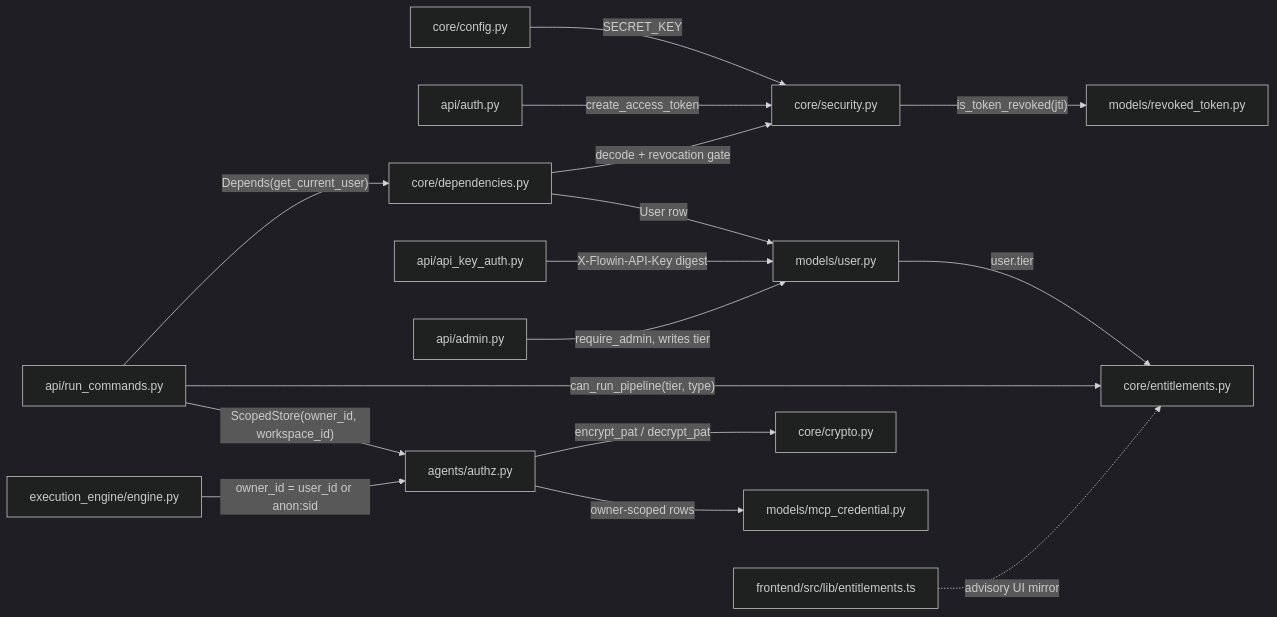
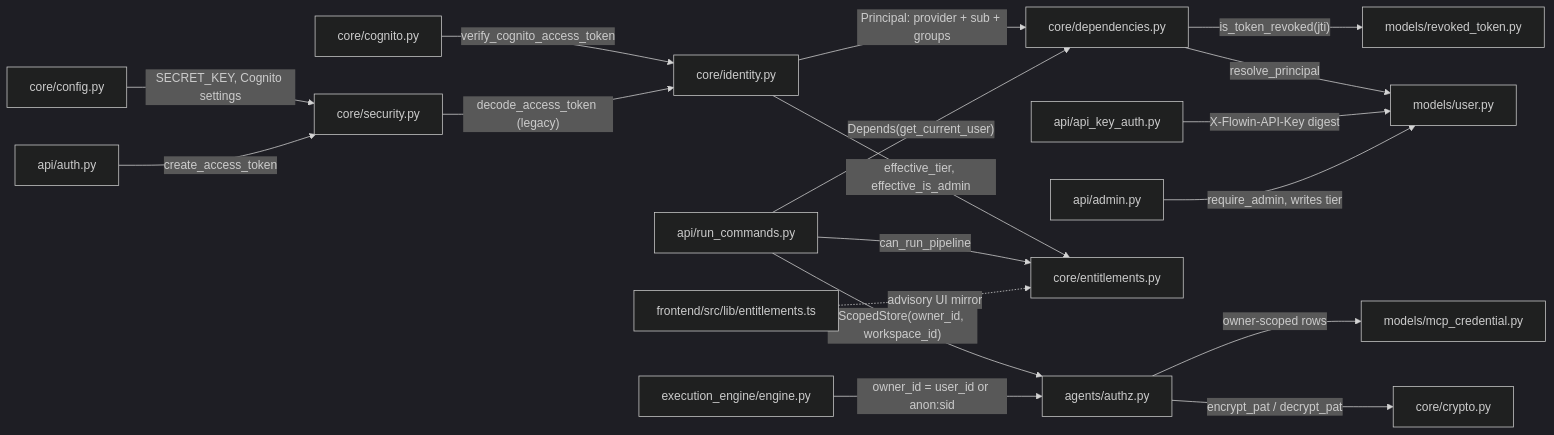
Before and after one commit to prateek-sinha7/IdeaFlowAI: the second of 14 diagrams in .knowledge/ARCHITECTURE.md, drawn with Mermaid (dark theme). The commit also changed other lines of this file and 43 other files, not shown here.

First line of the commit message:
knowledge: reconcile with dev merge — sync, diagrams, card renumbering

````diff
--- a/.knowledge/ARCHITECTURE.md
+++ b/.knowledge/ARCHITECTURE.md
@@ -135,18 +135,20 @@
 ```mermaid
 flowchart LR
-  config["core/config.py"] -->|"SECRET_KEY"| security["core/security.py"]
+  config["core/config.py"] -->|"SECRET_KEY, Cognito settings"| security["core/security.py"]
+  cognito_m["core/cognito.py"] -->|"verify_cognito_access_token"| identity["core/identity.py"]
+  security -->|"decode_access_token (legacy)"| identity
+  identity -->|"Principal: provider + sub + groups"| deps["core/dependencies.py"]
+  deps -->|"resolve_principal"| user["models/user.py"]
+  deps -->|"is_token_revoked(jti)"| revoked["models/revoked_token.py"]
   auth["api/auth.py"] -->|"create_access_token"| security
-  security -->|"is_token_revoked(jti)"| revoked["models/revoked_token.py"]
-  deps["core/dependencies.py"] -->|"decode + revocation gate"| security
-  deps -->|"User row"| user["models/user.py"]
   apikey["api/api_key_auth.py"] -->|"X-Flowin-API-Key digest"| user
   admin["api/admin.py"] -->|"require_admin, writes tier"| user
   runcmd["api/run_commands.py"] -->|"Depends(get_current_user)"| deps
-  user -->|"user.tier"| ent["core/entitlements.py"]
-  runcmd -->|"can_run_pipeline(tier, type)"| ent
+  identity -->|"effective_tier, effective_is_admin"| ent["core/entitlements.py"]
+  runcmd -->|"can_run_pipeline"| ent
   fe["frontend/src/lib/entitlements.ts"] -.->|"advisory UI mirror"| ent
   runcmd -->|"ScopedStore(owner_id, workspace_id)"| authz["agents/authz.py"]
   engine["execution_engine/engine.py"] -->|"owner_id = user_id or anon:sid"| authz
   authz -->|"encrypt_pat / decrypt_pat"| crypto["core/crypto.py"]
   authz -->|"owner-scoped rows"| mcpcred["models/mcp_credential.py"]
 ```
````
